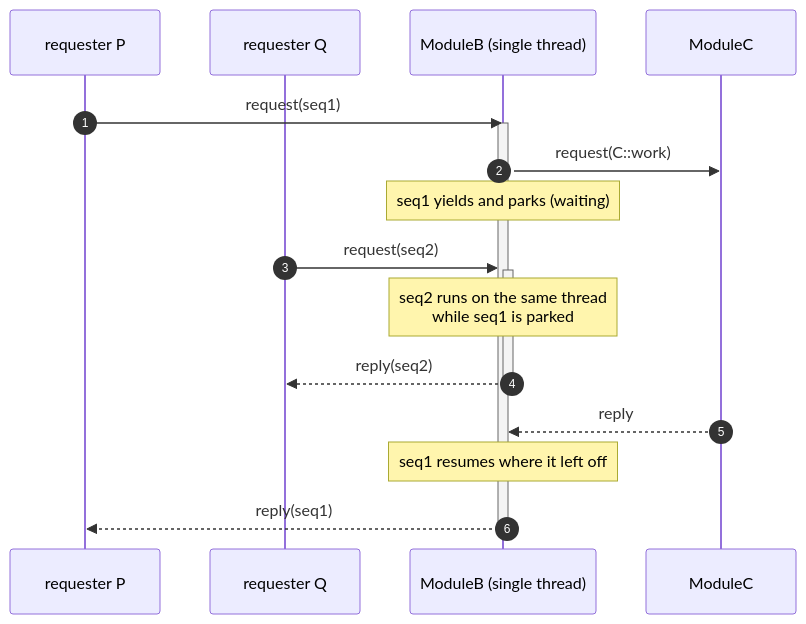
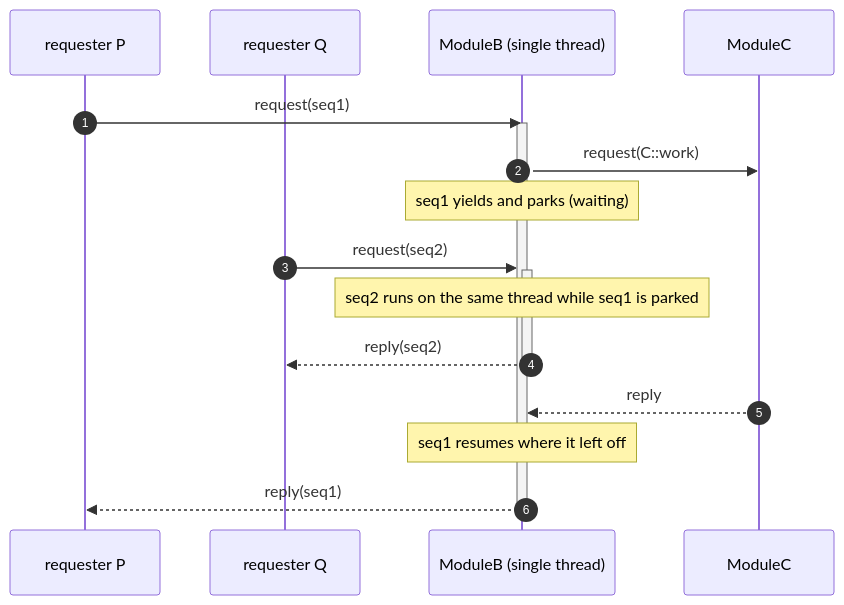
One commit to ysan/coseq changed the second of 3 diagrams in README.md. Above: the diagram before and after it, drawn with Mermaid. The commit also changed other lines of this file and 1 other file, not shown here.

Commit message:
docs: fix mermaid notes (remove <br/> that broke GitHub rendering)

````diff
--- a/README.md
+++ b/README.md
@@ -151,22 +151,22 @@
 ```mermaid
 sequenceDiagram
     autonumber
     participant P as requester P
     participant Q as requester Q
     participant B as ModuleB (single thread)
     participant C as ModuleC
 
     P->>B: request(seq1)
     activate B
     B->>C: request(C::work)
     Note over B: seq1 yields and parks (waiting)
     Q->>B: request(seq2)
     activate B
-    Note over B: seq2 runs on the same thread<br/>while seq1 is parked
+    Note over B: seq2 runs on the same thread while seq1 is parked
     B-->>Q: reply(seq2)
     deactivate B
     C-->>B: reply
     Note over B: seq1 resumes where it left off
     B-->>P: reply(seq1)
     deactivate B
 ```
````
